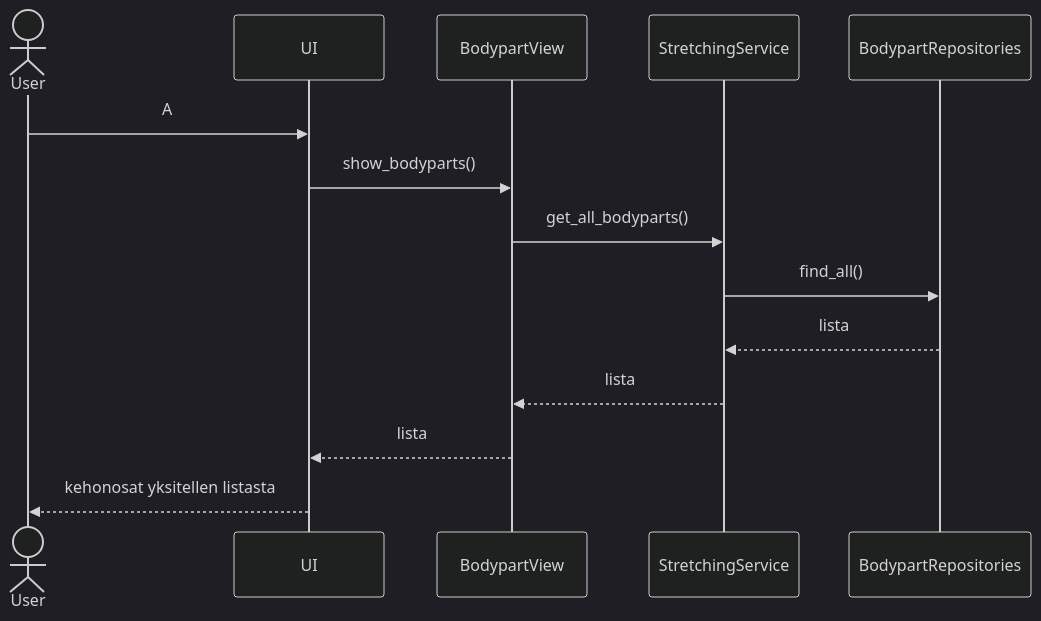
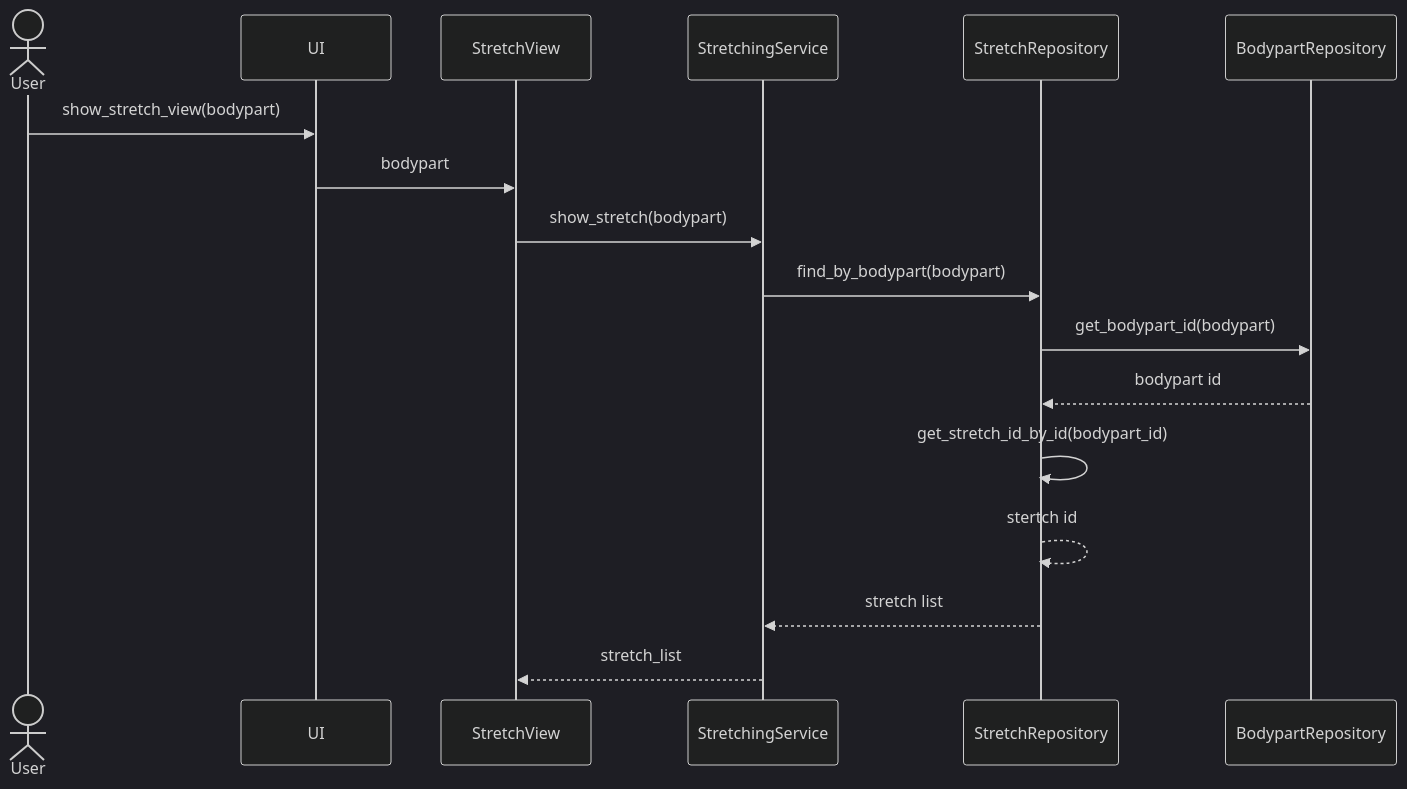
Before and after one commit to susannakinnunen/ot-harjoitus: the diagram in dokumentaatio/arkkitehtuuri.md, drawn with Mermaid (dark theme). The commit also changed other lines of this file, not shown here.

````diff
--- a/dokumentaatio/arkkitehtuuri.md
+++ b/dokumentaatio/arkkitehtuuri.md
@@ -61,12 +65,17 @@
 ```mermaid
 sequenceDiagram
 actor User
-User ->> UI: A
-UI ->> BodypartView: show_bodyparts()
-BodypartView ->> StretchingService: get_all_bodyparts()
-StretchingService ->> BodypartRepositories: find_all()
-BodypartRepositories -->> StretchingService: lista
-StretchingService -->> BodypartView: lista
-BodypartView -->> UI: lista
-UI -->> User: kehonosat yksitellen listasta
+User ->> UI: show_stretch_view(bodypart)
+UI ->> StretchView: bodypart
+StretchView ->> StretchingService: show_stretch(bodypart)
+StretchingService ->> StretchRepository: find_by_bodypart(bodypart)
+StretchRepository ->> BodypartRepository: get_bodypart_id(bodypart)
+BodypartRepository -->> StretchRepository: bodypart id
+StretchRepository ->> StretchRepository: get_stretch_id_by_id(bodypart_id)
+StretchRepository -->> StretchRepository: stertch id
+StretchRepository -->> StretchingService: stretch list
+StretchingService -->> StretchView: stretch_list
+
+
+
 ```
````
